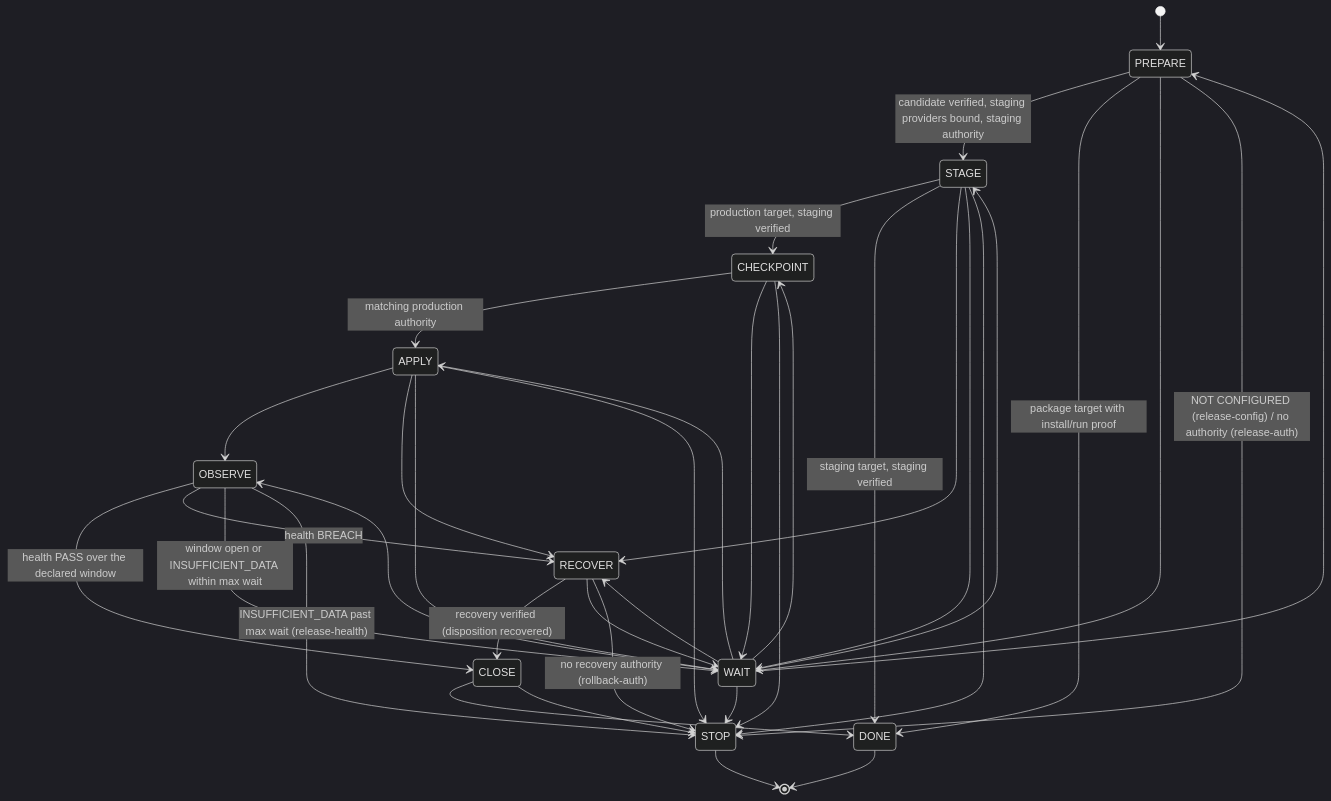
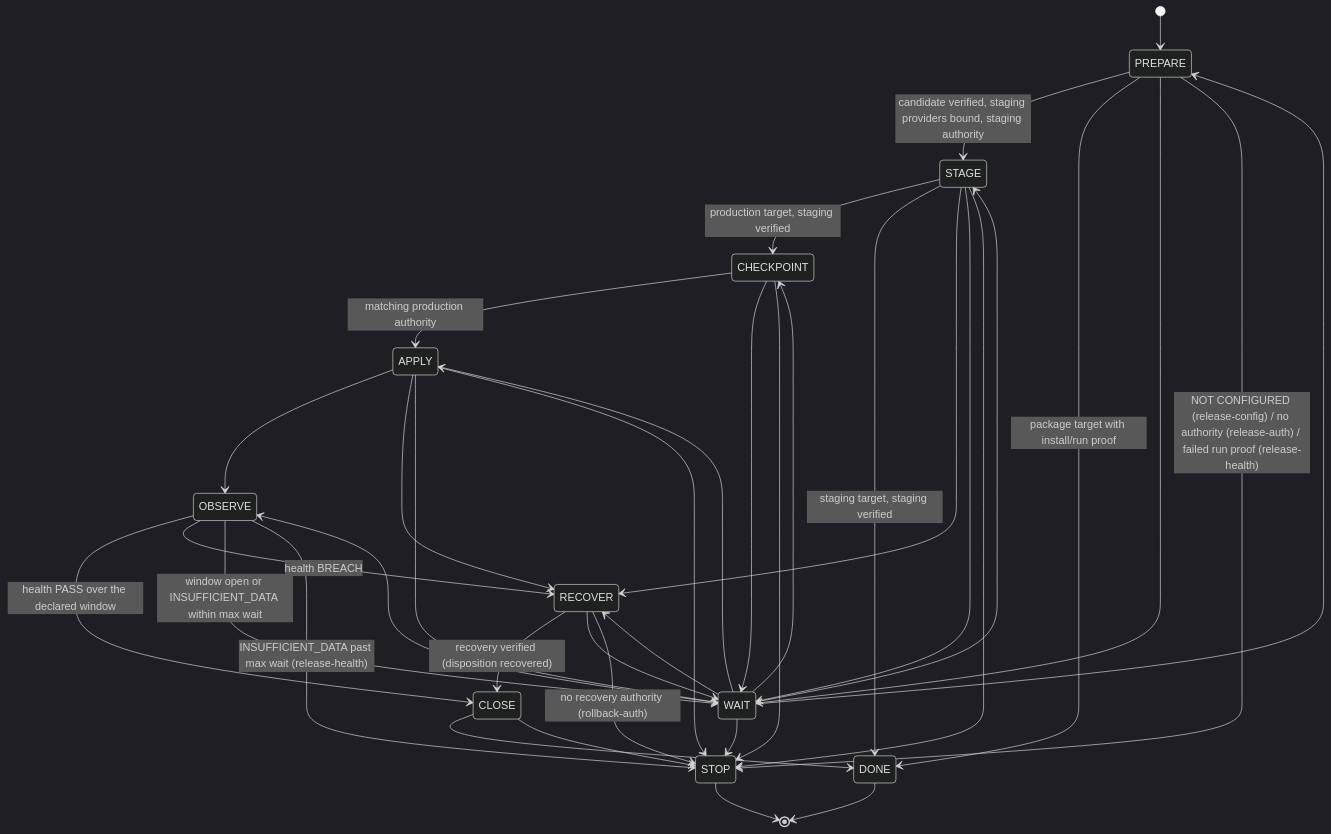
Before and after one commit to Asun28/AIDLC: the second of 2 diagrams in docs/ARCHITECTURE.md, drawn with Mermaid (dark theme). The commit also changed other lines of this file and 6 other files, not shown here.

First line of the commit message:
feat: [T0-RELEASE-REPORT-STEP] release report records only the expected manual step; a failed verification is final

````diff
--- a/docs/ARCHITECTURE.md
+++ b/docs/ARCHITECTURE.md
@@ -89,38 +89,38 @@
 ```mermaid
 stateDiagram-v2
   [*] --> PREPARE
   PREPARE --> STAGE: candidate verified, staging providers bound, staging authority
   PREPARE --> DONE: package target with install/run proof
   PREPARE --> WAIT
-  PREPARE --> STOP: NOT CONFIGURED (release-config) / no authority (release-auth)
+  PREPARE --> STOP: NOT CONFIGURED (release-config) / no authority (release-auth) / failed run proof (release-health)
   STAGE --> CHECKPOINT: production target, staging verified
   STAGE --> DONE: staging target, staging verified
   STAGE --> RECOVER
   STAGE --> WAIT
   STAGE --> STOP
   CHECKPOINT --> APPLY: matching production authority
   CHECKPOINT --> WAIT
   CHECKPOINT --> STOP
   APPLY --> OBSERVE
   APPLY --> RECOVER
   APPLY --> WAIT
   APPLY --> STOP
   OBSERVE --> CLOSE: health PASS over the declared window
   OBSERVE --> RECOVER: health BREACH
   OBSERVE --> WAIT: window open or INSUFFICIENT_DATA within max wait
   OBSERVE --> STOP: INSUFFICIENT_DATA past max wait (release-health)
   RECOVER --> CLOSE: recovery verified (disposition recovered)
   RECOVER --> WAIT
   RECOVER --> STOP: no recovery authority (rollback-auth)
   CLOSE --> DONE
   CLOSE --> STOP
   WAIT --> PREPARE
   WAIT --> STAGE
   WAIT --> CHECKPOINT
   WAIT --> APPLY
   WAIT --> OBSERVE
   WAIT --> RECOVER
   WAIT --> STOP
   DONE --> [*]
   STOP --> [*]
 ```
````
